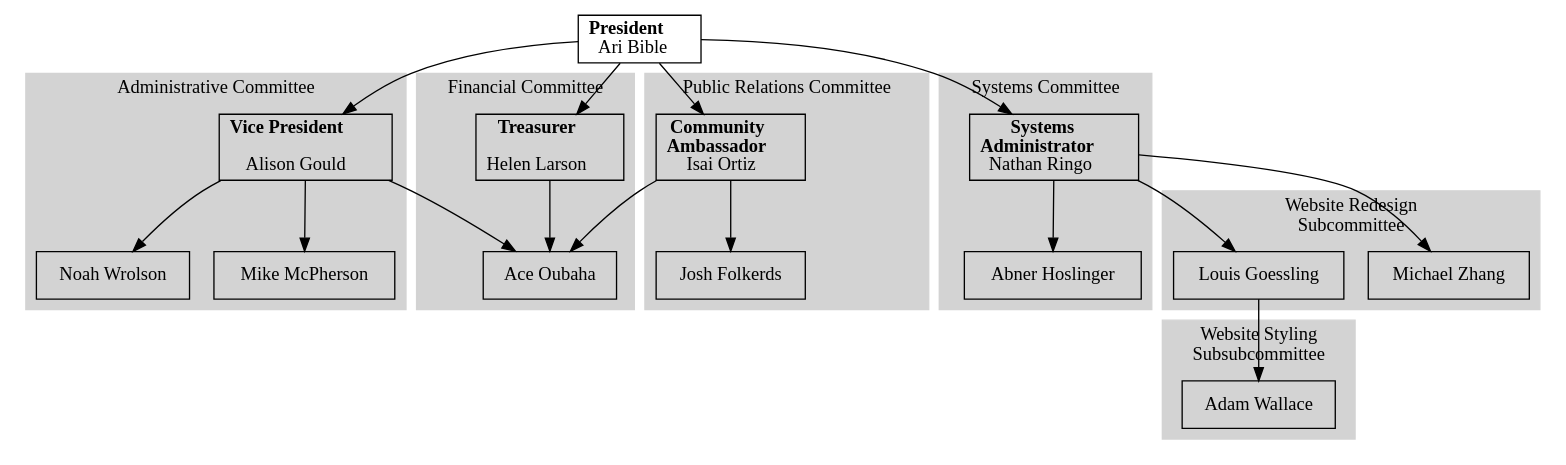
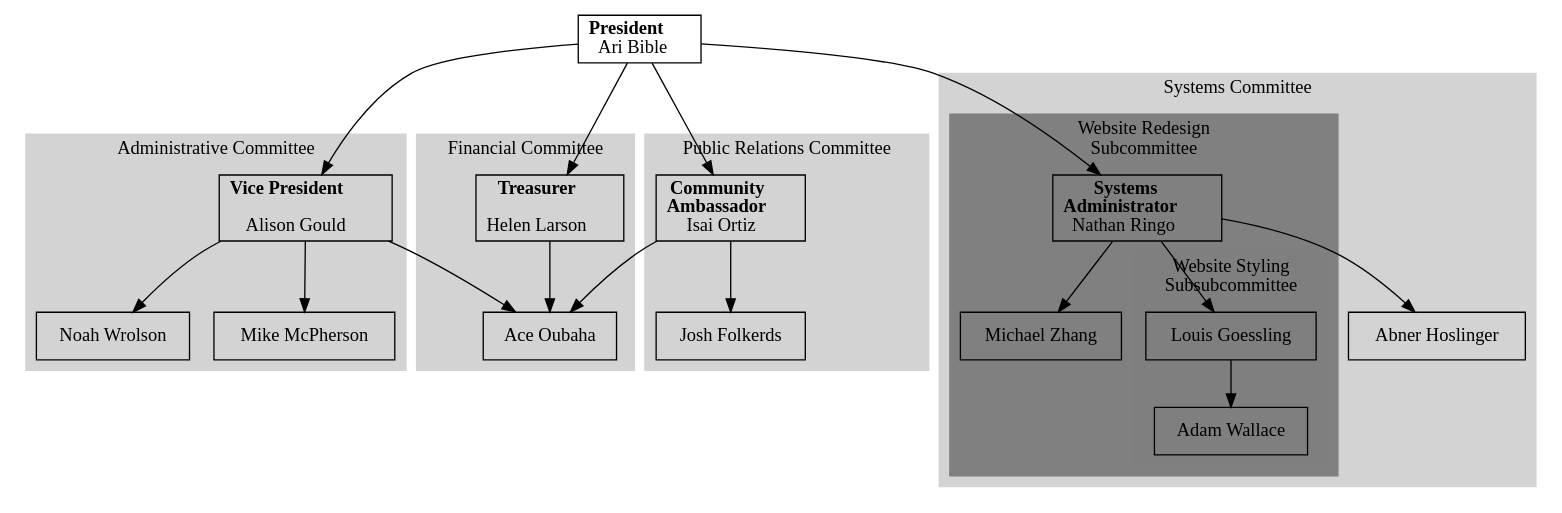
The diagram in charts/officers.dot (acmumn/officer-resources), drawn with Graphviz before and after one commit.

```diff
--- a/charts/officers.dot
+++ b/charts/officers.dot
@@ -1,73 +1,73 @@
 digraph officerPositions {
 	node[shape = "box"];
 	president [label = <<b>President</b><br/>Ari Bible>];
 
 	// Ari lording their power over us.
 	president -> vicePresident, treasurer, sysadmin, communityAmbassador;
 
 	subgraph cluster_financial {
 		treasurer [label = <<b>Treasurer</b><br/><br/>Helen Larson>];
 		ace [label = "Ace Oubaha"];
 
 		treasurer -> ace;
 
 		color = "lightgrey";
 		label = "Financial Committee";
 		style = "filled";
 	}
 
 	subgraph cluster_administrative {
 		vicePresident [label = <<b>Vice President</b><br/><br/>Alison Gould>];
 		secretary [label = "Noah Wrolson"];
 		mike [label = "Mike McPherson"];
 
 		vicePresident -> secretary, ace, mike;
 
 		color = lightgrey;
 		label = "Administrative Committee";
 		style = filled;
 	}
 
 	subgraph cluster_public_relations {
 		communityAmbassador [label = <<b>Community<br/>Ambassador</b><br/>Isai Ortiz>];
 		membership [label = "Josh Folkerds"];
 
 		communityAmbassador -> ace, membership;
 
 		color = lightgrey;
 		label = "Public Relations Committee";
 		style = filled;
 	}
 
 	subgraph cluster_systems {
 		sysadmin [label = <<b>Systems<br/>Administrator</b><br/>Nathan Ringo>];
 		abner [label = "Abner Hoslinger"];
 
 		sysadmin -> abner;
 
 		color = lightgrey;
 		label = "Systems Committee";
 		style = filled;
-	}
 
-	subgraph cluster_website {
-		webmaster [label = "Michael Zhang"];
-		louis [label = "Louis Goessling"];
+		subgraph cluster_website {
+			webmaster [label = "Michael Zhang"];
+			louis [label = "Louis Goessling"];
 
-		sysadmin -> webmaster, louis;
+			sysadmin -> webmaster, louis;
 
-		color = lightgrey;
-		label = "Website Redesign\nSubcommittee";
-		style = filled;
-	}
+			color = grey;
+			label = "Website Redesign\nSubcommittee";
+			style = filled;
 
-	subgraph cluster_website_style {
-		adam[label = "Adam Wallace"];
+			subgraph cluster_website_style {
+				adam[label = "Adam Wallace"];
 
-		louis -> adam;
+				louis -> adam;
 
-		color = lightgrey;
-		label = "Website Styling\nSubsubcommittee";
-		style = filled;
+				color = "#7f7f7f";
+				label = "Website Styling\nSubsubcommittee";
+				style = filled;
+			}
+		}
 	}
 }
```
